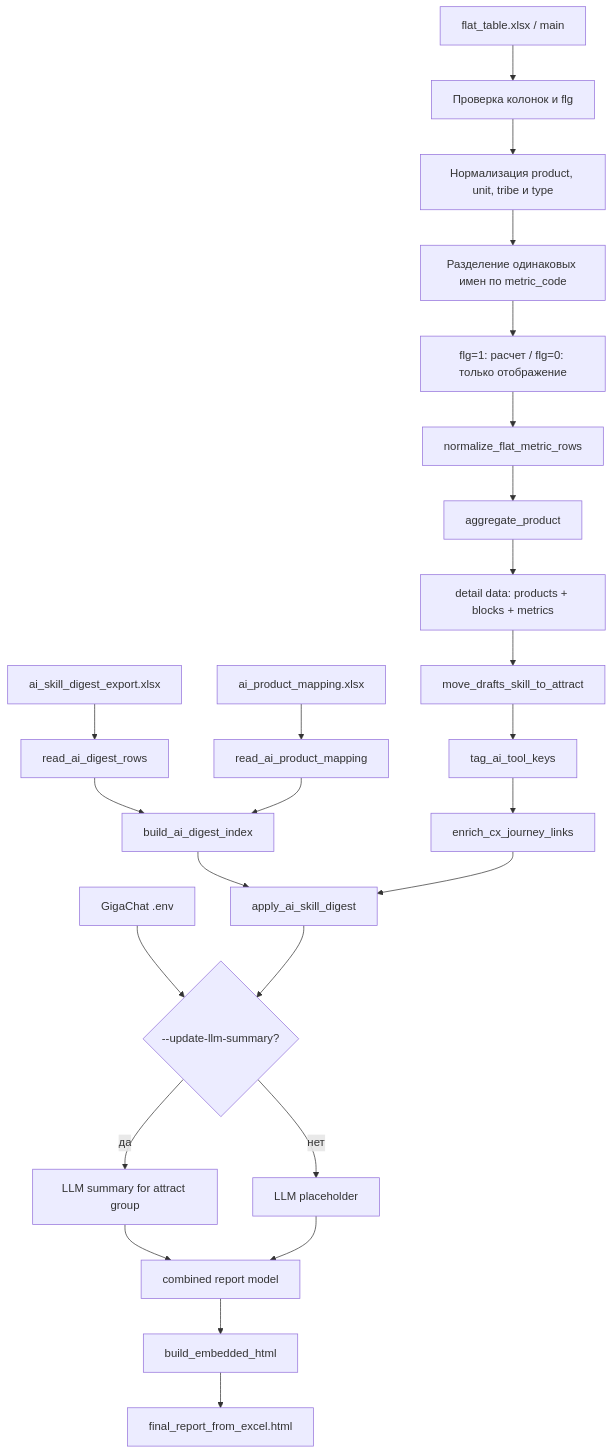
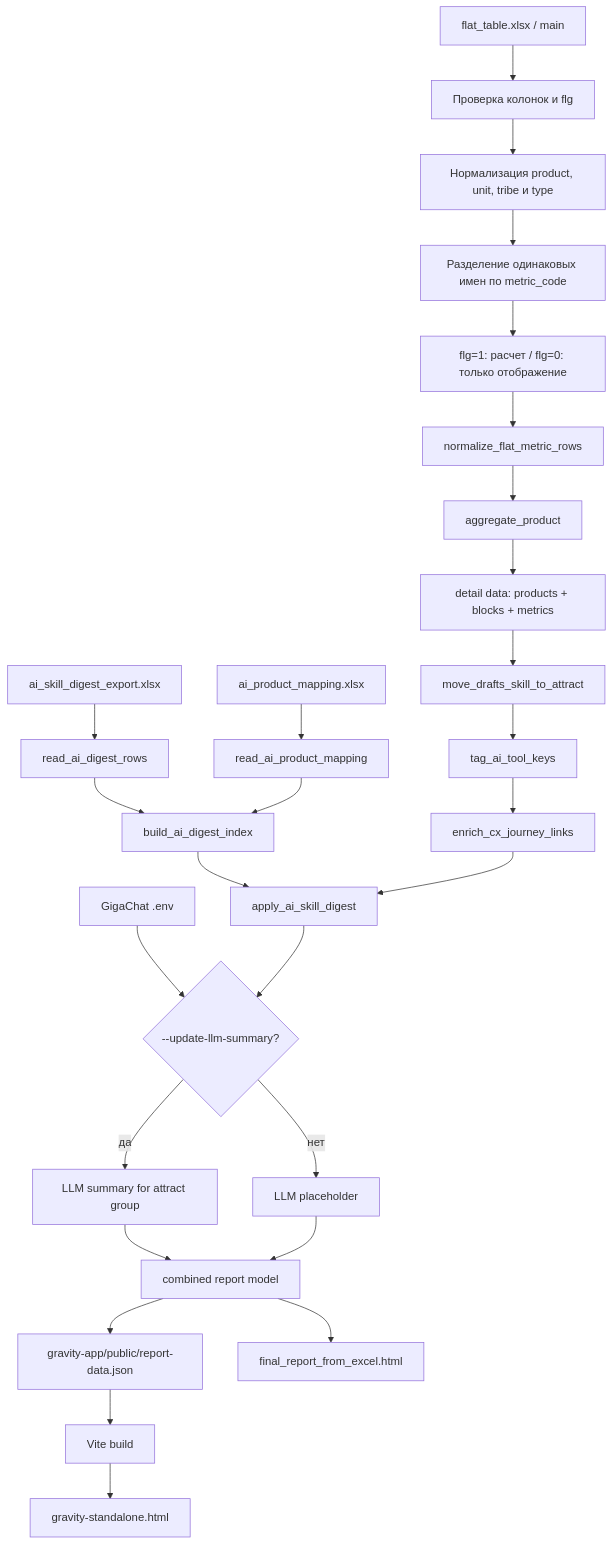
Before and after one commit to schischko-r/DD: the diagram in README.md, drawn with Mermaid. The commit also changed other lines of this file, not shown here.

````diff
--- a/README.md
+++ b/README.md
@@ -62,30 +77,32 @@
 ```mermaid
 flowchart TD
     A["flat_table.xlsx / main"] --> B["Проверка колонок и flg"]
     B --> C["Нормализация product, unit, tribe и type"]
     C --> D["Разделение одинаковых имен по metric_code"]
     D --> E["flg=1: расчет / flg=0: только отображение"]
     E --> H["normalize_flat_metric_rows"]
     H --> I["aggregate_product"]
     I --> J["detail data: products + blocks + metrics"]
     J --> K["move_drafts_skill_to_attract"]
     K --> L["tag_ai_tool_keys"]
     L --> M["enrich_cx_journey_links"]
 
     N["ai_skill_digest_export.xlsx"] --> O["read_ai_digest_rows"]
     P["ai_product_mapping.xlsx"] --> Q["read_ai_product_mapping"]
     O --> R["build_ai_digest_index"]
     Q --> R
     R --> S["apply_ai_skill_digest"]
     M --> S
 
     T["GigaChat .env"] --> U{"--update-llm-summary?"}
     S --> U
     U -->|да| V["LLM summary for attract group"]
     U -->|нет| W["LLM placeholder"]
     V --> X["combined report model"]
     W --> X
 
-    X --> Y["build_embedded_html"]
-    Y --> Z["final_report_from_excel.html"]
+    X --> Y["gravity-app/public/report-data.json"]
+    X --> Z["final_report_from_excel.html"]
+    Y --> AA["Vite build"]
+    AA --> AB["gravity-standalone.html"]
 ```
````
